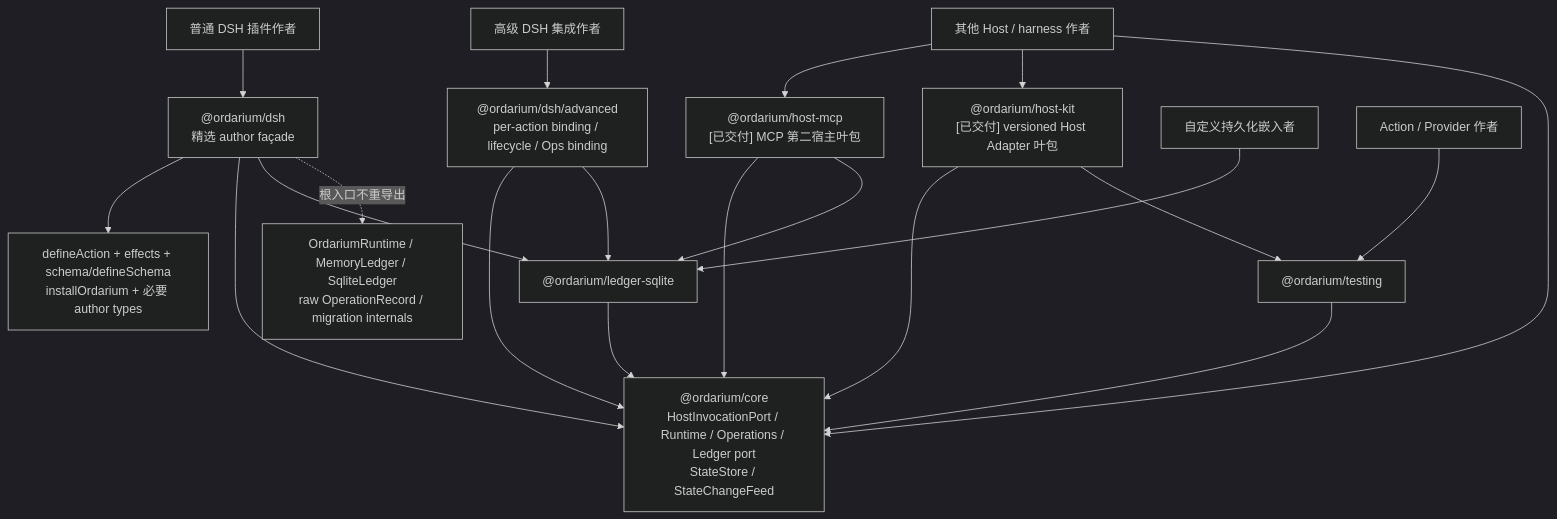
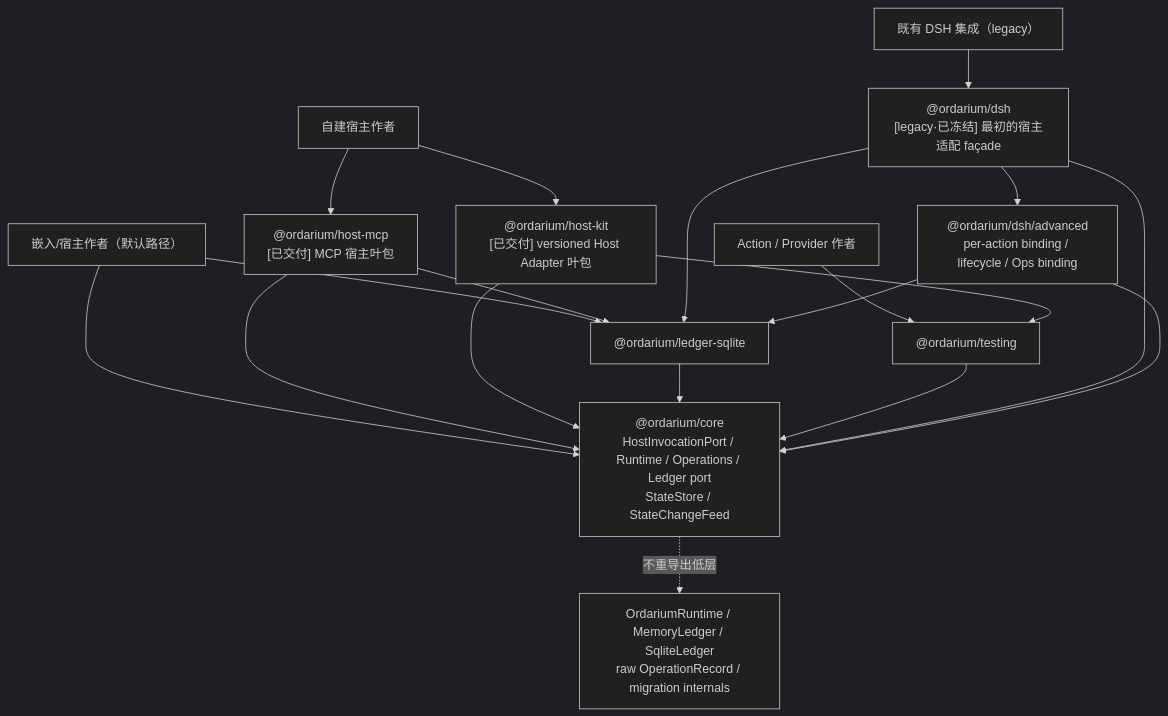
The diagram in docs/12-ordarium-product-baseline.md (orangeofcarl0-sys/ordarium), drawn with Mermaid (dark theme) before and after one commit. The commit also changed other lines of this file and 20 other files, not shown here.

First line of the commit message:
docs: drop the DSH narrative; freeze @ordarium/dsh as a legacy leaf

````diff
--- a/docs/12-ordarium-product-baseline.md
+++ b/docs/12-ordarium-product-baseline.md
@@ -94,25 +96,24 @@
 ```mermaid
 flowchart TB
-    AUTHOR["普通 DSH 插件作者"] --> ROOT["@ordarium/dsh<br/>精选 author façade"]
-    ROOT --> GOLDEN["defineAction + effects + schema/defineSchema<br/>installOrdarium + 必要 author types"]
-
-    ADV_AUTHOR["高级 DSH 集成作者"] --> ADV["@ordarium/dsh/advanced<br/>per-action binding / lifecycle / Ops binding"]
-    HOST_AUTHOR["其他 Host / harness 作者"] --> HOST_MCP["@ordarium/host-mcp<br/>[已交付] MCP 第二宿主叶包"]
-    HOST_AUTHOR --> HOST_KIT["@ordarium/host-kit<br/>[已交付] versioned Host Adapter 叶包"]
-    HOST_AUTHOR --> CORE["@ordarium/core<br/>HostInvocationPort / Runtime / Operations / Ledger port<br/>StateStore / StateChangeFeed"]
-    EMBEDDER["自定义持久化嵌入者"] --> SQLITE["@ordarium/ledger-sqlite"]
+    EMBEDDER_AUTHOR["嵌入/宿主作者（默认路径）"] --> CORE["@ordarium/core<br/>HostInvocationPort / Runtime / Operations / Ledger port<br/>StateStore / StateChangeFeed"]
+    EMBEDDER_AUTHOR --> SQLITE["@ordarium/ledger-sqlite"]
+    HOST_AUTHOR["自建宿主作者"] --> HOST_KIT["@ordarium/host-kit<br/>[已交付] versioned Host Adapter 叶包"]
+    HOST_AUTHOR --> HOST_MCP["@ordarium/host-mcp<br/>[已交付] MCP 宿主叶包"]
     TEST_AUTHOR["Action / Provider 作者"] --> TESTING["@ordarium/testing"]
 
-    ROOT --> CORE
-    ROOT --> SQLITE
-    ADV --> CORE
-    ADV --> SQLITE
+    LEGACY_AUTHOR["既有 DSH 集成（legacy）"] --> ROOT["@ordarium/dsh<br/>[legacy·已冻结] 最初的宿主适配 façade"]
+    ROOT --> ROOT_ADV["@ordarium/dsh/advanced<br/>per-action binding / lifecycle / Ops binding"]
+
     HOST_MCP --> CORE
     HOST_MCP --> SQLITE
     HOST_KIT --> CORE
     HOST_KIT --> TESTING
     SQLITE --> CORE
     TESTING --> CORE
+    ROOT --> CORE
+    ROOT --> SQLITE
+    ROOT_ADV --> CORE
+    ROOT_ADV --> SQLITE
 
-    ROOT -.->|"根入口不重导出"| INTERNAL["OrdariumRuntime / MemoryLedger / SqliteLedger<br/>raw OperationRecord / migration internals"]
+    CORE -.->|"不重导出低层"| INTERNAL["OrdariumRuntime / MemoryLedger / SqliteLedger<br/>raw OperationRecord / migration internals"]
 ```
````
